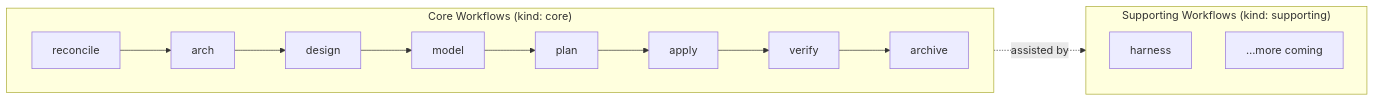
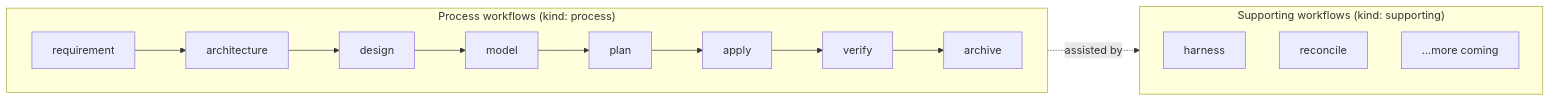
The diagram in README.md (agiledon/sparrow), drawn with Mermaid before and after one commit. The commit also changed other lines of this file and 24 other files, not shown here.

````diff
--- a/README.md
+++ b/README.md
@@ -36,16 +36,16 @@
 ```mermaid
 flowchart LR
-  subgraph core ["Core Workflows (kind: core)"]
+  subgraph process ["Process workflows (kind: process)"]
     direction LR
-    R[requirement] --> A[arch] --> D[design] --> M[model] --> P[plan] --> AP[apply] --> V[verify] --> AR[archive]
+    R[requirement] --> A[architecture] --> D[design] --> M[model] --> P[plan] --> AP[apply] --> V[verify] --> AR[archive]
   end
 
-  subgraph supporting ["Supporting Workflows (kind: supporting)"]
+  subgraph supporting ["Supporting workflows (kind: supporting)"]
     direction TB
     H[harness]
-    R[reconcile]
+    RC[reconcile]
     MORE["…more coming"]
   end
 
-  core -.->|"assisted by"| supporting
+  process -.->|"assisted by"| supporting
 ```
````
